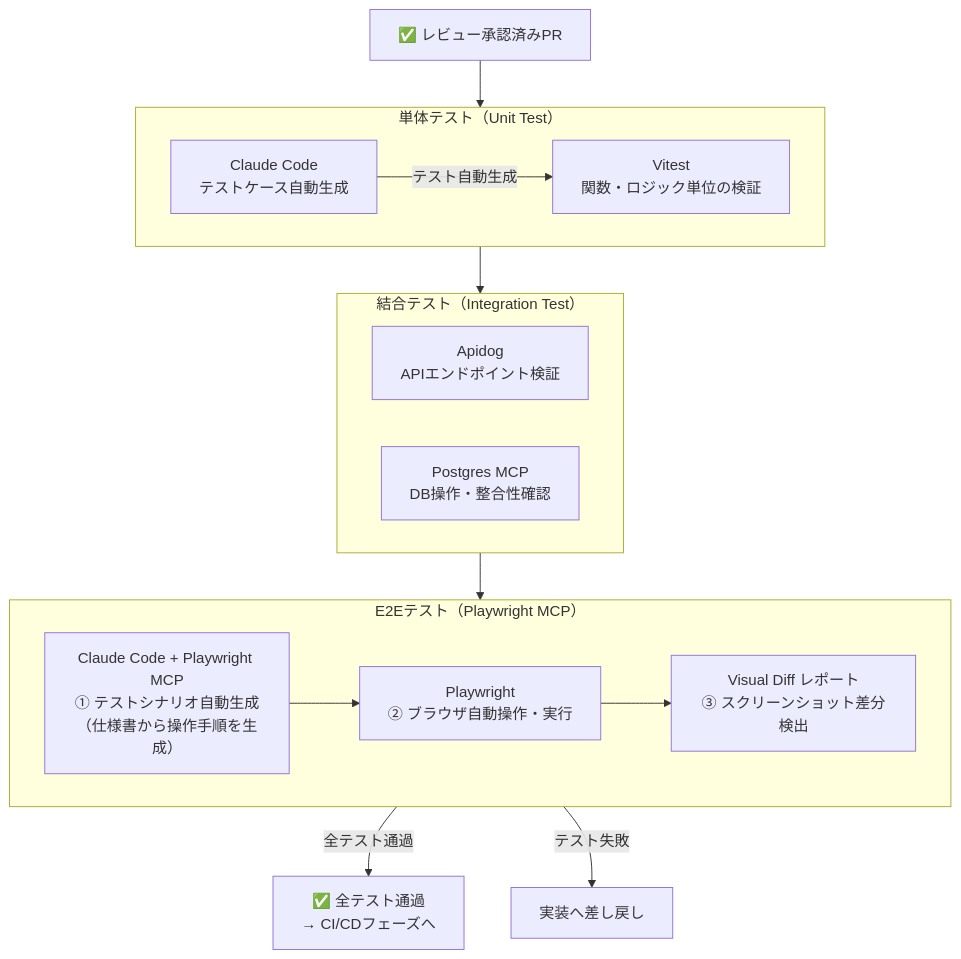
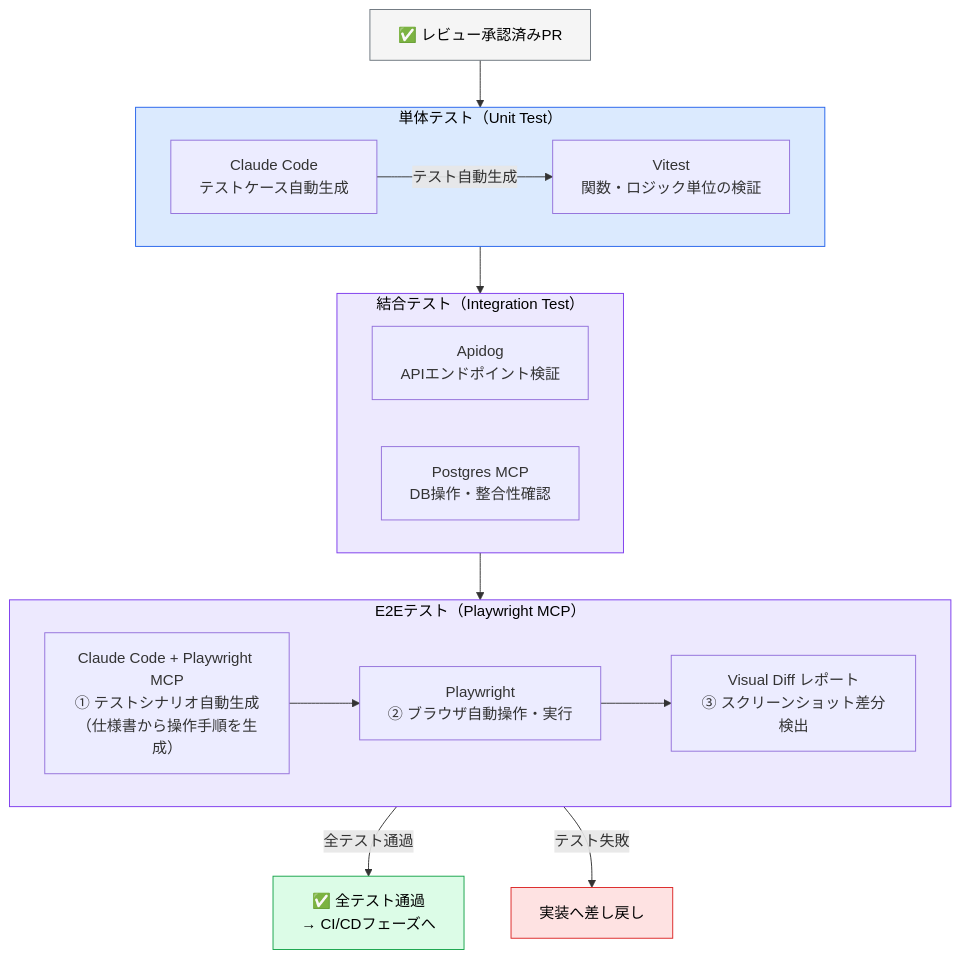
Before and after one commit to takuma39/ai: diagram 17 of 44 in AI駆動開発.md, drawn with Mermaid. The commit also changed other lines of this file, not shown here.

````diff
--- a/AI駆動開発.md
+++ b/AI駆動開発.md
@@ -605,32 +654,39 @@
 ```mermaid
 graph TD
     Approved["✅ レビュー承認済みPR"]
 
     subgraph unit_test["単体テスト（Unit Test）"]
         Vitest["Vitest<br/>関数・ロジック単位の検証"]
         ClaudeUnit["Claude Code<br/>テストケース自動生成"]
     end
 
     subgraph integration_test["結合テスト（Integration Test）"]
         APITest["Apidog<br/>APIエンドポイント検証"]
         DBTest["Postgres MCP<br/>DB操作・整合性確認"]
     end
 
     subgraph e2e_test["E2Eテスト（Playwright MCP）"]
         PW_Gen["Claude Code + Playwright MCP<br/>① テストシナリオ自動生成<br/>（仕様書から操作手順を生成）"]
         PW_Run["Playwright<br/>② ブラウザ自動操作・実行"]
         PW_Report["Visual Diff レポート<br/>③ スクリーンショット差分検出"]
     end
 
     Pass["✅ 全テスト通過<br/>→ CI/CDフェーズへ"]
     FixImpl["実装へ差し戻し"]
 
     Approved --> unit_test
     ClaudeUnit -->|"テスト自動生成"| Vitest
     unit_test --> integration_test
     integration_test --> e2e_test
     PW_Gen --> PW_Run --> PW_Report
 
     e2e_test -->|"全テスト通過"| Pass
     e2e_test -->|"テスト失敗"| FixImpl
+
+    style Approved fill:#f5f5f5,stroke:#6c757d,color:#000
+    style unit_test fill:#dbeafe,stroke:#2563eb,color:#000
+    style integration_test fill:#ede9fe,stroke:#7c3aed,color:#000
+    style e2e_test fill:#ede9fe,stroke:#7c3aed,color:#000
+    style Pass fill:#dcfce7,stroke:#16a34a,color:#000
+    style FixImpl fill:#fee2e2,stroke:#dc2626,color:#000
 ```
````
